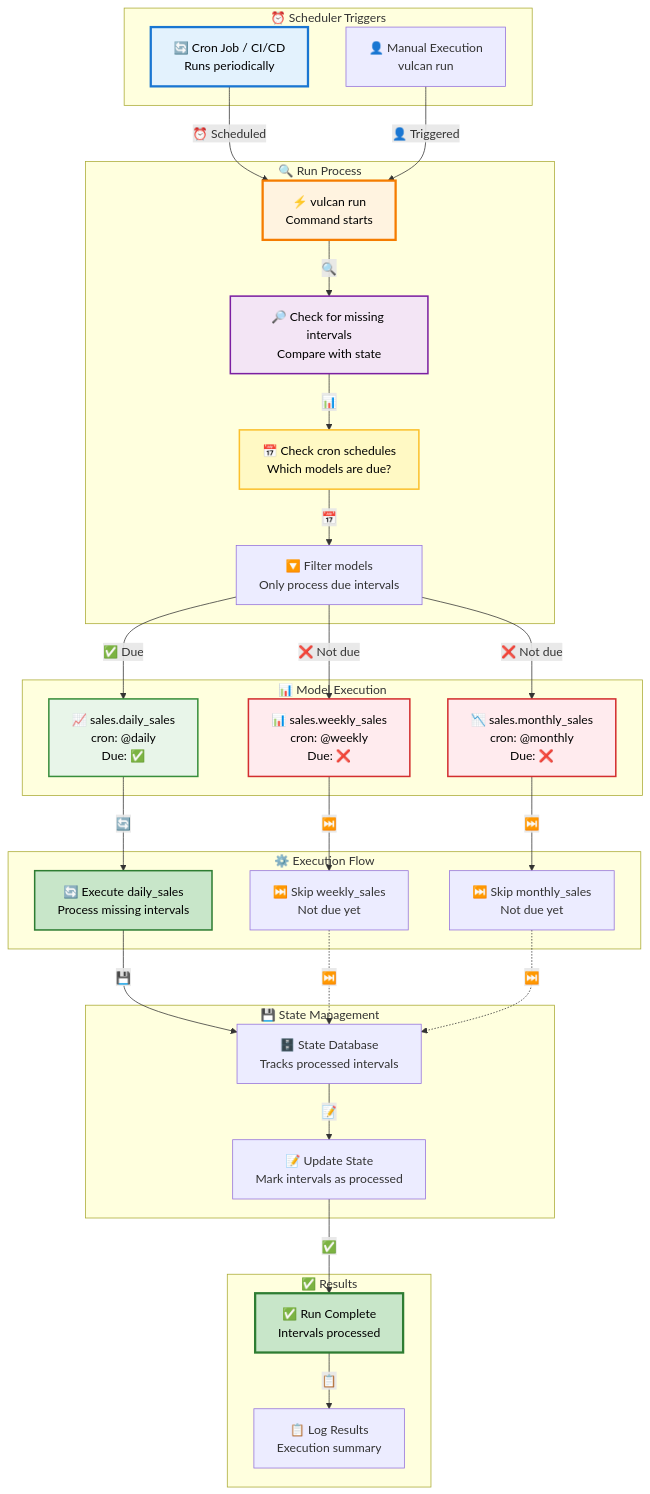
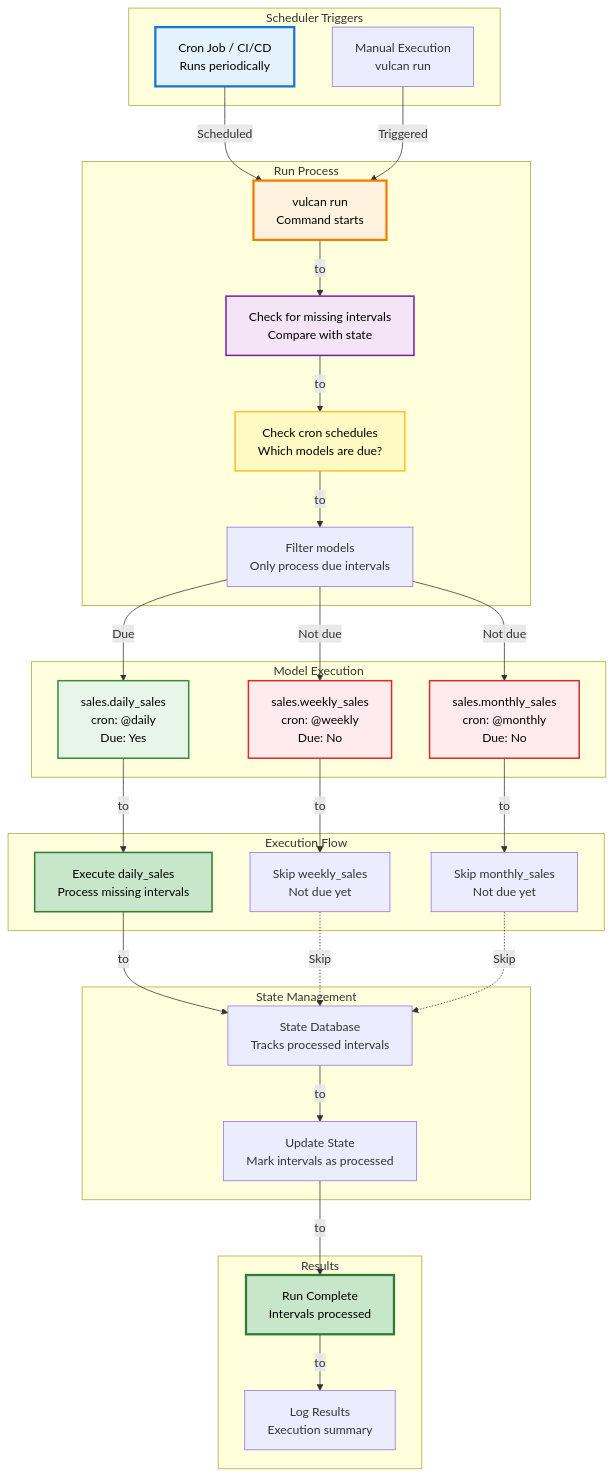
One commit to tmdc-io/vulcan-book changed the first of 5 diagrams in docs/guides/run_and_scheduling.md. Above: the diagram before and after it, drawn with Mermaid. The commit also changed other lines of this file and 6 other files, not shown here.

Commit message:
updated mermaid diagrams to remove emojis, commented out the old plan guide o have only the new 2.0 plan guide

````diff
--- a/docs/guides/run_and_scheduling.md
+++ b/docs/guides/run_and_scheduling.md
@@ -11,67 +11,67 @@
 ```mermaid
 graph TB
-    subgraph "⏰ Scheduler Triggers"
-        CRON[🔄 Cron Job / CI/CD<br/>Runs periodically]
-        MANUAL[👤 Manual Execution<br/>vulcan run]
+    subgraph "Scheduler Triggers"
+        CRON[Cron Job / CI/CD<br/>Runs periodically]
+        MANUAL[Manual Execution<br/>vulcan run]
     end
 
-    subgraph "🔍 Run Process"
-        START[⚡ vulcan run<br/>Command starts]
-        CHECK[🔎 Check for missing intervals<br/>Compare with state]
-        CRON_CHECK[📅 Check cron schedules<br/>Which models are due?]
-        FILTER[🔽 Filter models<br/>Only process due intervals]
+    subgraph "Run Process"
+        START[vulcan run<br/>Command starts]
+        CHECK[Check for missing intervals<br/>Compare with state]
+        CRON_CHECK[Check cron schedules<br/>Which models are due?]
+        FILTER[Filter models<br/>Only process due intervals]
     end
 
-    subgraph "📊 Model Execution"
-        M1[📈 sales.daily_sales<br/>cron: @daily<br/>Due: ✅]
-        M2[📊 sales.weekly_sales<br/>cron: @weekly<br/>Due: ❌]
-        M3[📉 sales.monthly_sales<br/>cron: @monthly<br/>Due: ❌]
+    subgraph "Model Execution"
+        M1[sales.daily_sales<br/>cron: @daily<br/>Due: Yes]
+        M2[sales.weekly_sales<br/>cron: @weekly<br/>Due: No]
+        M3[sales.monthly_sales<br/>cron: @monthly<br/>Due: No]
     end
 
-    subgraph "💾 State Management"
-        STATE[🗄️ State Database<br/>Tracks processed intervals]
-        UPDATE[📝 Update State<br/>Mark intervals as processed]
+    subgraph "State Management"
+        STATE[State Database<br/>Tracks processed intervals]
+        UPDATE[Update State<br/>Mark intervals as processed]
     end
 
-    subgraph "⚙️ Execution Flow"
-        EXEC1[🔄 Execute daily_sales<br/>Process missing intervals]
-        EXEC2[⏭️ Skip weekly_sales<br/>Not due yet]
-        EXEC3[⏭️ Skip monthly_sales<br/>Not due yet]
+    subgraph "Execution Flow"
+        EXEC1[Execute daily_sales<br/>Process missing intervals]
+        EXEC2[Skip weekly_sales<br/>Not due yet]
+        EXEC3[Skip monthly_sales<br/>Not due yet]
     end
 
-    subgraph "✅ Results"
-        SUCCESS[✅ Run Complete<br/>Intervals processed]
-        LOG[📋 Log Results<br/>Execution summary]
+    subgraph "Results"
+        SUCCESS[Run Complete<br/>Intervals processed]
+        LOG[Log Results<br/>Execution summary]
     end
 
-    CRON -->|"⏰ Scheduled"| START
-    MANUAL -->|"👤 Triggered"| START
-    START -->|"🔍"| CHECK
-    CHECK -->|"📊"| CRON_CHECK
-    CRON_CHECK -->|"📅"| FILTER
-    FILTER -->|"✅ Due"| M1
-    FILTER -->|"❌ Not due"| M2
-    FILTER -->|"❌ Not due"| M3
+    CRON -->|"Scheduled"| START
+    MANUAL -->|"Triggered"| START
+    START -->|"to"| CHECK
+    CHECK -->|"to"| CRON_CHECK
+    CRON_CHECK -->|"to"| FILTER
+    FILTER -->|"Due"| M1
+    FILTER -->|"Not due"| M2
+    FILTER -->|"Not due"| M3
     
-    M1 -->|"🔄"| EXEC1
-    M2 -->|"⏭️"| EXEC2
-    M3 -->|"⏭️"| EXEC3
+    M1 -->|"to"| EXEC1
+    M2 -->|"to"| EXEC2
+    M3 -->|"to"| EXEC3
     
-    EXEC1 -->|"💾"| STATE
-    EXEC2 -.->|"⏭️"| STATE
-    EXEC3 -.->|"⏭️"| STATE
+    EXEC1 -->|"to"| STATE
+    EXEC2 -.->|"Skip"| STATE
+    EXEC3 -.->|"Skip"| STATE
     
-    STATE -->|"📝"| UPDATE
-    UPDATE -->|"✅"| SUCCESS
-    SUCCESS -->|"📋"| LOG
+    STATE -->|"to"| UPDATE
+    UPDATE -->|"to"| SUCCESS
+    SUCCESS -->|"to"| LOG
 
     style CRON fill:#e3f2fd,stroke:#1976d2,stroke-width:3px,color:#000
     style START fill:#fff3e0,stroke:#f57c00,stroke-width:3px,color:#000
     style CHECK fill:#f3e5f5,stroke:#7b1fa2,stroke-width:2px,color:#000
     style CRON_CHECK fill:#fff9c4,stroke:#fbc02d,stroke-width:2px,color:#000
     style M1 fill:#e8f5e9,stroke:#388e3c,stroke-width:2px,color:#000
     style M2 fill:#ffebee,stroke:#d32f2f,stroke-width:2px,color:#000
     style M3 fill:#ffebee,stroke:#d32f2f,stroke-width:2px,color:#000
     style EXEC1 fill:#c8e6c9,stroke:#2e7d32,stroke-width:2px,color:#000
     style SUCCESS fill:#c8e6c9,stroke:#2e7d32,stroke-width:3px,color:#000
 ```
````
